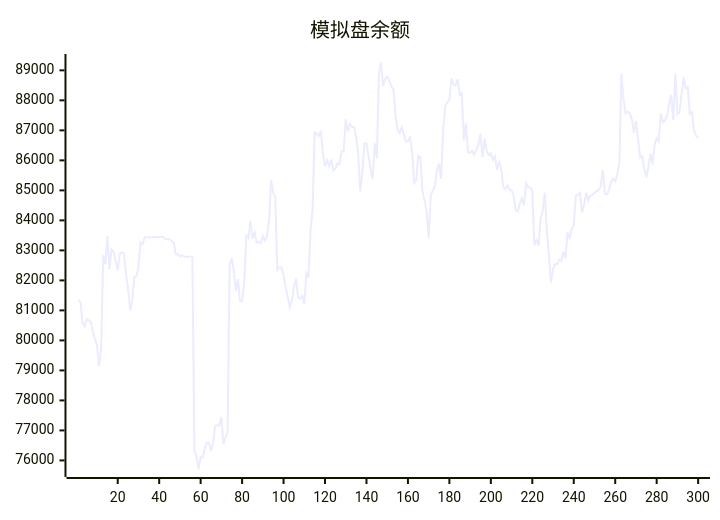
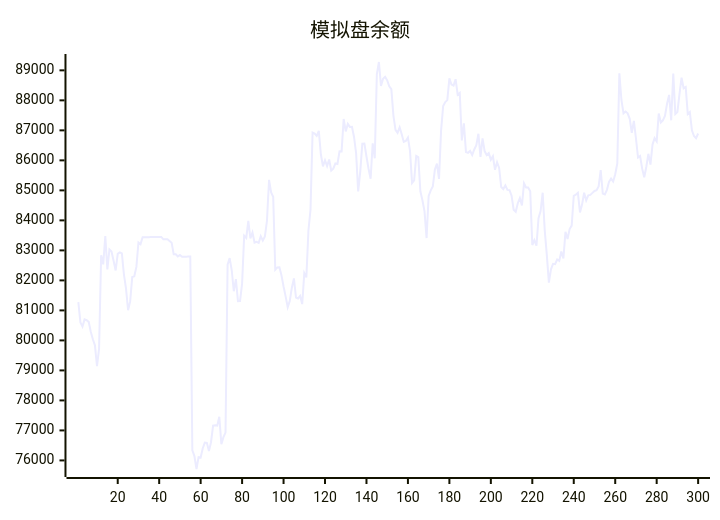
One commit to aahl/ai-trading changed the diagram in README.md. Above: the diagram before and after it, drawn with Mermaid. The commit also changed other lines of this file and 1 other file, not shown here.

````diff
--- a/README.md
+++ b/README.md
@@ -5,5 +5,5 @@
 ```mermaid
 xychart
     title "模拟盘余额"
-    line [81362,81277,80600,80461,80699,80673,80616,80288,80038,79836,79142,79722,82837,82533,83480,82366,83032,82960,82654,82330,82883,82934,82901,82188,81728,81005,81298,82110,82135,82449,83264,83203,83440,83439,83440,83440,83446,83447,83448,83447,83448,83449,83369,83369,83369,83313,83256,82872,82873,82801,82844,82785,82791,82791,82793,82794,76339,76145,75714,76110,76096,76397,76594,76585,76310,76607,77160,77170,77160,77456,76541,76774,76927,82520,82744,82337,81639,82040,81307,81314,81887,83490,83414,83984,83396,83594,83261,83287,83253,83470,83327,83465,83987,85348,84930,84786,82355,82433,82438,82167,81795,81466,81105,81315,81756,82064,81426,81398,81481,81210,82242,82099,83658,84359,86925,86892,86814,86980,86203,85802,86003,85811,86028,85657,85721,85896,85880,86300,86299,87378,86965,87214,87115,87118,86780,86238,84966,85623,86555,86562,86129,85722,85387,86569,86070,88870,89278,88477,88720,88781,88668,88467,88372,87493,87018,86917,87102,86870,86613,86644,86758,86317,85242,85334,86149,86106,84968,84671,84302,83410,84816,85001,85127,85693,85891,85384,87001,87811,87945,88007,88734,88528,88495,88705,88189,88248,86662,87234,86279,86251,86314,86177,86364,86503,86886,86114,86731,86310,86176,86240,86017,86136,85685,85938,85749,85111,85044,85164,85016,85008,84824,84354,84287,84572,84745,84500,85234,85096,85095,84970,83180,83338,83157,84070,84309,84922,83667,82850,81924,82369,82552,82539,82695,82648,82962,82728,83619,83378,83710,83825,84819,84854,84917,84265,84527,84919,84668,84834,84850,84916,84981,85004,85131,85674,84891,84864,85019,85284,85393,85294,85538,85894,88904,88012,87567,87625,87568,87386,86920,87313,86737,86094,86143,85725,85437,85787,86219,85859,86526,86740,86630,87563,87264,87335,87483,87886,88180,87335,88894,87544,87608,88207,88755,88401,88444,87543,87608,87000,86810,86740]
+    line [81277,80600,80461,80699,80673,80616,80288,80038,79836,79142,79722,82837,82533,83480,82366,83032,82960,82654,82330,82883,82934,82901,82188,81728,81005,81298,82110,82135,82449,83264,83203,83440,83439,83440,83440,83446,83447,83448,83447,83448,83449,83369,83369,83369,83313,83256,82872,82873,82801,82844,82785,82791,82791,82793,82794,76339,76145,75714,76110,76096,76397,76594,76585,76310,76607,77160,77170,77160,77456,76541,76774,76927,82520,82744,82337,81639,82040,81307,81314,81887,83490,83414,83984,83396,83594,83261,83287,83253,83470,83327,83465,83987,85348,84930,84786,82355,82433,82438,82167,81795,81466,81105,81315,81756,82064,81426,81398,81481,81210,82242,82099,83658,84359,86925,86892,86814,86980,86203,85802,86003,85811,86028,85657,85721,85896,85880,86300,86299,87378,86965,87214,87115,87118,86780,86238,84966,85623,86555,86562,86129,85722,85387,86569,86070,88870,89278,88477,88720,88781,88668,88467,88372,87493,87018,86917,87102,86870,86613,86644,86758,86317,85242,85334,86149,86106,84968,84671,84302,83410,84816,85001,85127,85693,85891,85384,87001,87811,87945,88007,88734,88528,88495,88705,88189,88248,86662,87234,86279,86251,86314,86177,86364,86503,86886,86114,86731,86310,86176,86240,86017,86136,85685,85938,85749,85111,85044,85164,85016,85008,84824,84354,84287,84572,84745,84500,85234,85096,85095,84970,83180,83338,83157,84070,84309,84922,83667,82850,81924,82369,82552,82539,82695,82648,82962,82728,83619,83378,83710,83825,84819,84854,84917,84265,84527,84919,84668,84834,84850,84916,84981,85004,85131,85674,84891,84864,85019,85284,85393,85294,85538,85894,88904,88012,87567,87625,87568,87386,86920,87313,86737,86094,86143,85725,85437,85787,86219,85859,86526,86740,86630,87563,87264,87335,87483,87886,88180,87335,88894,87544,87608,88207,88755,88401,88444,87543,87608,87000,86810,86740,86894]
 ```
````
